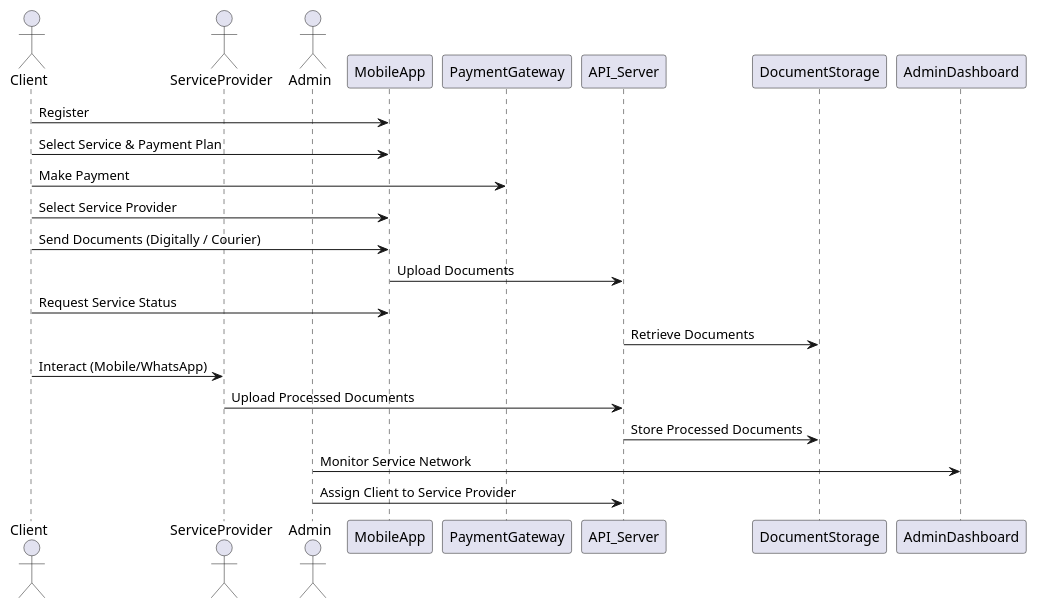
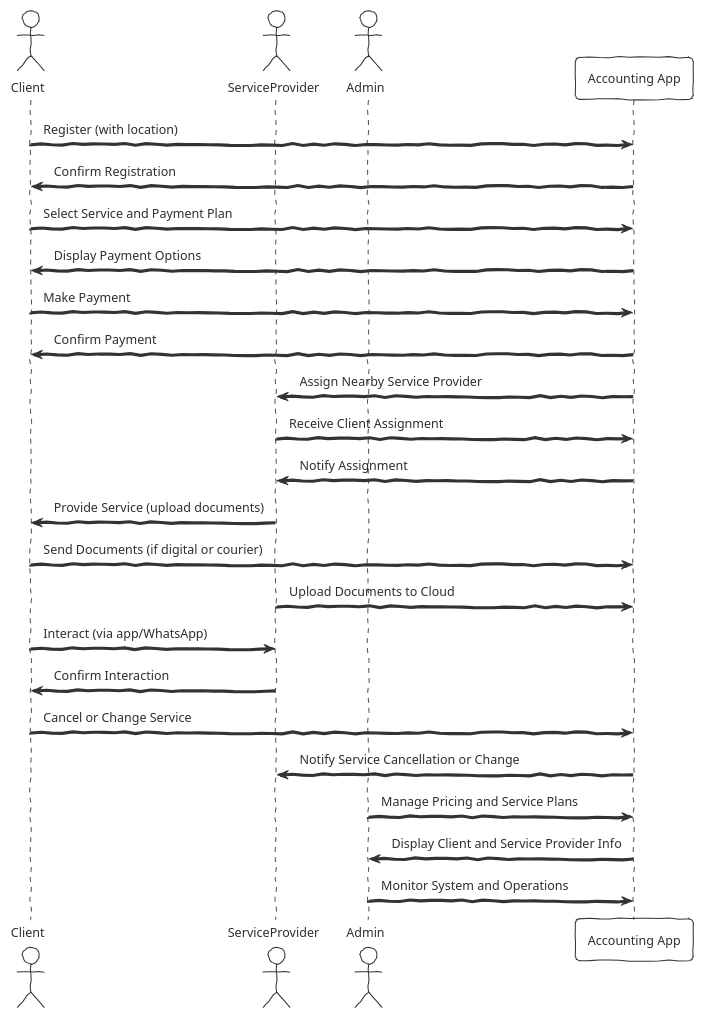
The second of 2 diagrams in README.md (munishalgox360/MUNIM_BACKEND), drawn with PlantUML before and after one commit. The commit also changed other lines of this file and 18 other files, not shown here.

```diff
--- a/README.md
+++ b/README.md
@@ -133,19 +133,30 @@
 @startuml
+!theme sketchy-outline
+
 actor Client
 actor ServiceProvider
 actor Admin
 
-Client -> MobileApp : Register
-Client -> MobileApp : Select Service & Payment Plan
-Client -> PaymentGateway : Make Payment
-Client -> MobileApp : Select Service Provider
-Client -> MobileApp : Send Documents (Digitally / Courier)
-MobileApp -> API_Server : Upload Documents
-Client -> MobileApp : Request Service Status
-API_Server -> DocumentStorage : Retrieve Documents
-Client -> ServiceProvider : Interact (Mobile/WhatsApp)
-ServiceProvider -> API_Server : Upload Processed Documents
-API_Server -> DocumentStorage : Store Processed Documents
-Admin -> AdminDashboard : Monitor Service Network
-Admin -> API_Server : Assign Client to Service Provider
+participant "Accounting App" as App
+
+Client -> App : Register (with location)
+App -> Client : Confirm Registration
+Client -> App : Select Service and Payment Plan
+App -> Client : Display Payment Options
+Client -> App : Make Payment
+App -> Client : Confirm Payment
+App -> ServiceProvider : Assign Nearby Service Provider
+ServiceProvider -> App : Receive Client Assignment
+App -> ServiceProvider : Notify Assignment
+ServiceProvider -> Client : Provide Service (upload documents)
+Client -> App : Send Documents (if digital or courier)
+ServiceProvider -> App : Upload Documents to Cloud
+Client -> ServiceProvider : Interact (via app/WhatsApp)
+ServiceProvider -> Client : Confirm Interaction
+Client -> App : Cancel or Change Service
+App -> ServiceProvider : Notify Service Cancellation or Change
+
+Admin -> App : Manage Pricing and Service Plans
+App -> Admin : Display Client and Service Provider Info
+Admin -> App : Monitor System and Operations
 @enduml
```
